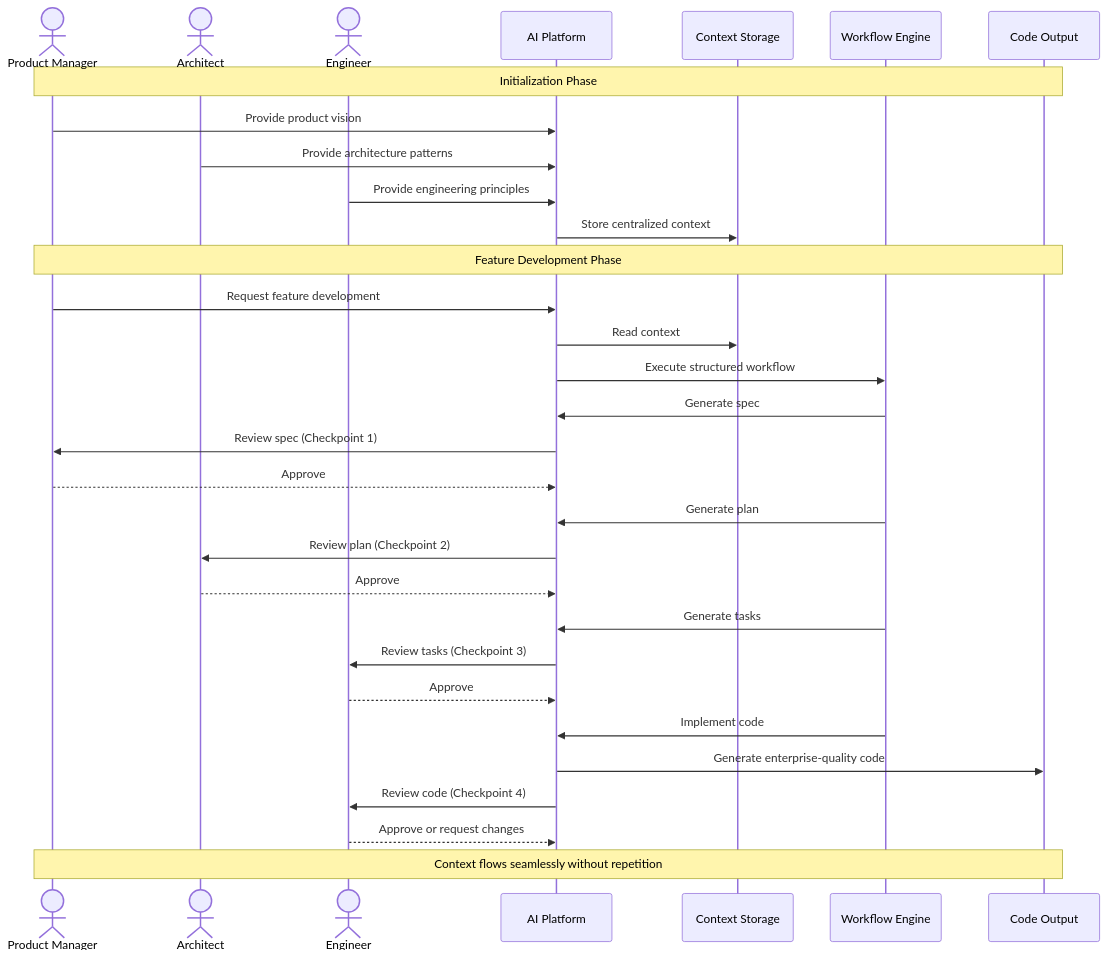
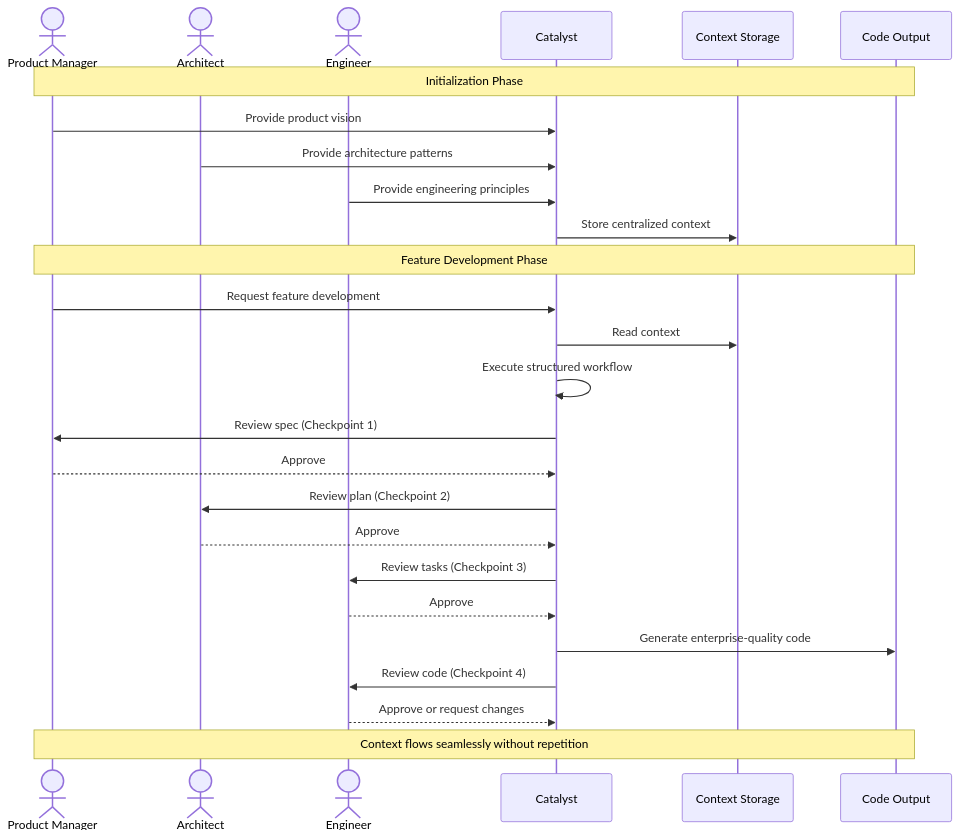
The diagram in .xe/specs/blueprint/spec.md (Xerilium/catalyst), drawn with Mermaid before and after one commit. The commit also changed other lines of this file and 2 other files, not shown here.

First paragraph of the commit message:
[Catalyst][PR Update] Address PR #43 feedback
Implemented valid suggestions and posted responses to all comment threads.

````diff
--- a/.xe/specs/blueprint/spec.md
+++ b/.xe/specs/blueprint/spec.md
@@ -129,40 +134,35 @@
 ```mermaid
 sequenceDiagram
     actor PM as Product Manager
     actor Arch as Architect
     actor Eng as Engineer
-    participant AI as AI Platform
+    participant Cat as Catalyst
     participant Ctx as Context Storage
-    participant Wf as Workflow Engine
     participant Code as Code Output
 
     Note over PM,Code: Initialization Phase
-    PM->>AI: Provide product vision
-    Arch->>AI: Provide architecture patterns
-    Eng->>AI: Provide engineering principles
-    AI->>Ctx: Store centralized context
+    PM->>Cat: Provide product vision
+    Arch->>Cat: Provide architecture patterns
+    Eng->>Cat: Provide engineering principles
+    Cat->>Ctx: Store centralized context
 
     Note over PM,Code: Feature Development Phase
-    PM->>AI: Request feature development
-    AI->>Ctx: Read context
-    AI->>Wf: Execute structured workflow
+    PM->>Cat: Request feature development
+    Cat->>Ctx: Read context
+    Cat->>Cat: Execute structured workflow
 
-    Wf->>AI: Generate spec
-    AI->>PM: Review spec (Checkpoint 1)
-    PM-->>AI: Approve
+    Cat->>PM: Review spec (Checkpoint 1)
+    PM-->>Cat: Approve
 
-    Wf->>AI: Generate plan
-    AI->>Arch: Review plan (Checkpoint 2)
-    Arch-->>AI: Approve
+    Cat->>Arch: Review plan (Checkpoint 2)
+    Arch-->>Cat: Approve
 
-    Wf->>AI: Generate tasks
-    AI->>Eng: Review tasks (Checkpoint 3)
-    Eng-->>AI: Approve
+    Cat->>Eng: Review tasks (Checkpoint 3)
+    Eng-->>Cat: Approve
 
-    Wf->>AI: Implement code
-    AI->>Code: Generate enterprise-quality code
-    AI->>Eng: Review code (Checkpoint 4)
-    Eng-->>AI: Approve or request changes
+    Cat->>Code: Generate enterprise-quality code
+    Cat->>Eng: Review code (Checkpoint 4)
+    Eng-->>Cat: Approve or request changes
 
     Note over PM,Code: Context flows seamlessly without repetition
 ```
````
